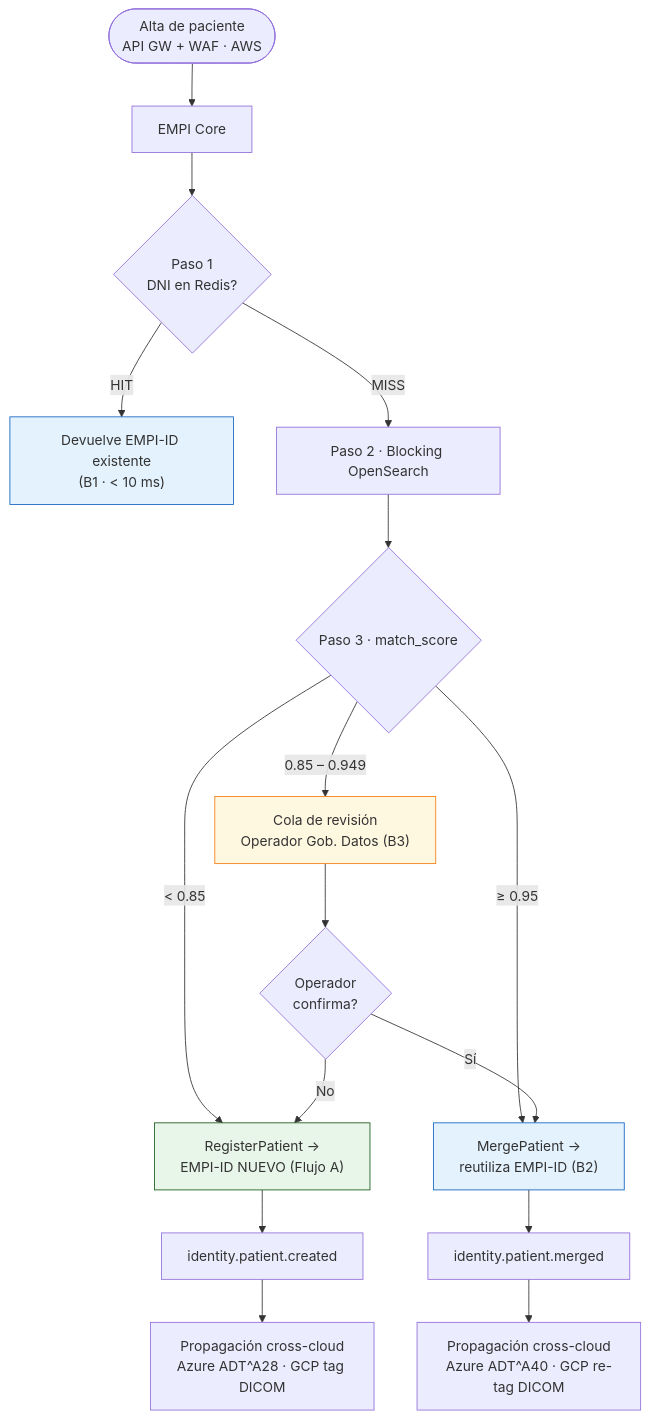
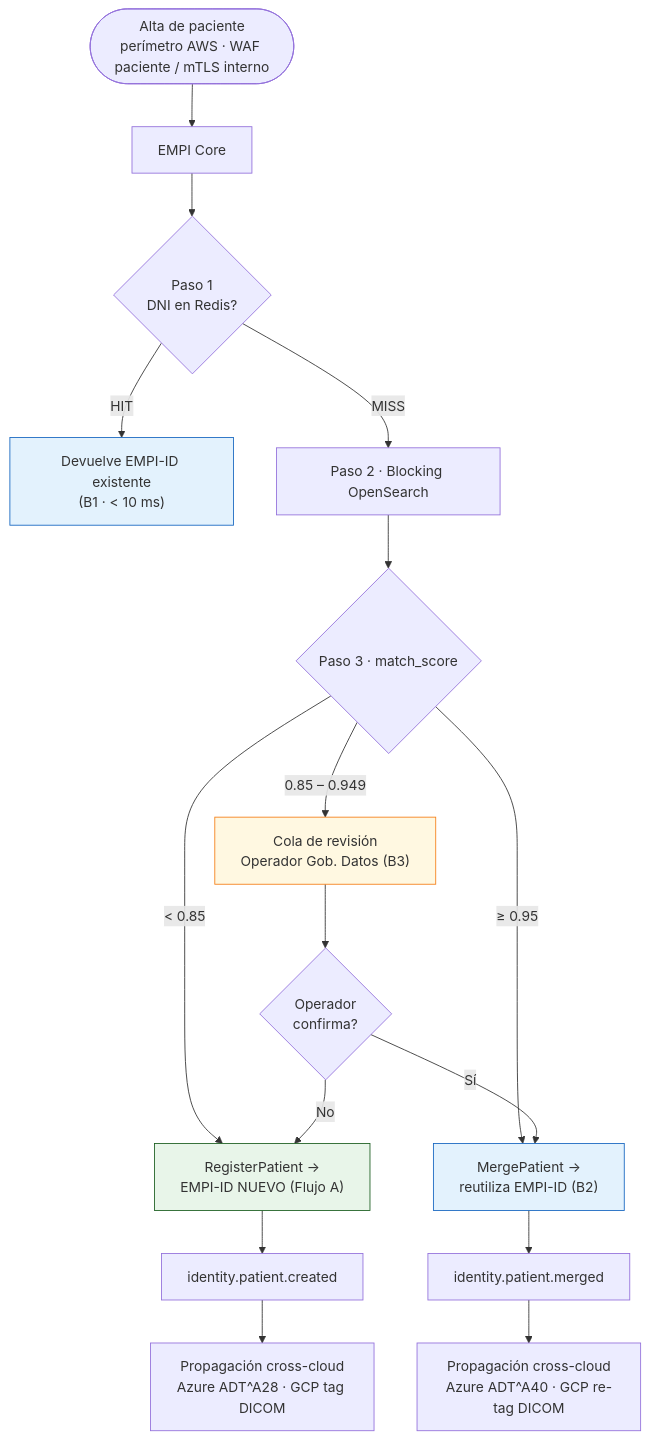
The third of 4 diagrams in entregables_hito3/06_Alternativa3_Mejorada_Flujos_Registro.md (JeielLovera/proyecto_utec_sanared), drawn with Mermaid before and after one commit. The commit also changed other lines of this file and 124 other files, not shown here.

````diff
--- a/entregables_hito3/06_Alternativa3_Mejorada_Flujos_Registro.md
+++ b/entregables_hito3/06_Alternativa3_Mejorada_Flujos_Registro.md
@@ -221,25 +225,25 @@
 ```mermaid
 flowchart TD
-    START([Alta de paciente<br/>API GW + WAF · AWS]) --> CORE[EMPI Core]
+    START([Alta de paciente<br/>perímetro AWS · WAF paciente / mTLS interno]) --> CORE[EMPI Core]
     CORE --> P1{Paso 1<br/>DNI en Redis?}
     P1 -->|HIT| EX["Devuelve EMPI-ID existente<br/>(B1 · &lt; 10 ms)"]
     P1 -->|MISS| P2[Paso 2 · Blocking OpenSearch]
     P2 --> P3{Paso 3 · match_score}
     P3 -->|"&lt; 0.85"| NEW["RegisterPatient →<br/>EMPI-ID NUEVO (Flujo A)"]
     P3 -->|"≥ 0.95"| MERGE["MergePatient →<br/>reutiliza EMPI-ID (B2)"]
     P3 -->|"0.85 – 0.949"| REVIEW["Cola de revisión<br/>Operador Gob. Datos (B3)"]
 
     NEW --> EVN[identity.patient.created]
     MERGE --> EVM[identity.patient.merged]
     REVIEW --> DEC{Operador<br/>confirma?}
     DEC -->|Sí| MERGE
     DEC -->|No| NEW
 
     EVN --> PROP[Propagación cross-cloud<br/>Azure ADT^A28 · GCP tag DICOM]
     EVM --> PROP2[Propagación cross-cloud<br/>Azure ADT^A40 · GCP re-tag DICOM]
 
     style NEW fill:#e8f5e9,stroke:#1b5e20
     style MERGE fill:#e3f2fd,stroke:#1565c0
     style EX fill:#e3f2fd,stroke:#1565c0
     style REVIEW fill:#fff8e1,stroke:#f57f17
 ```
````
